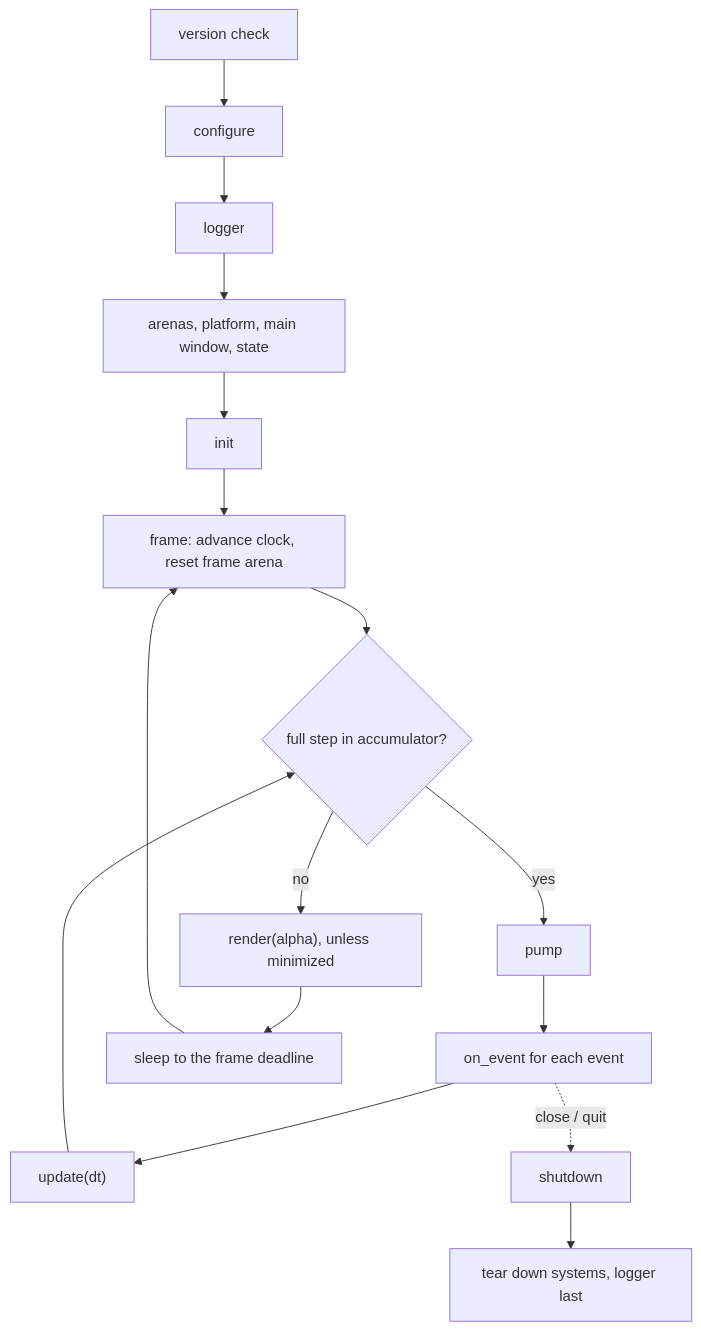
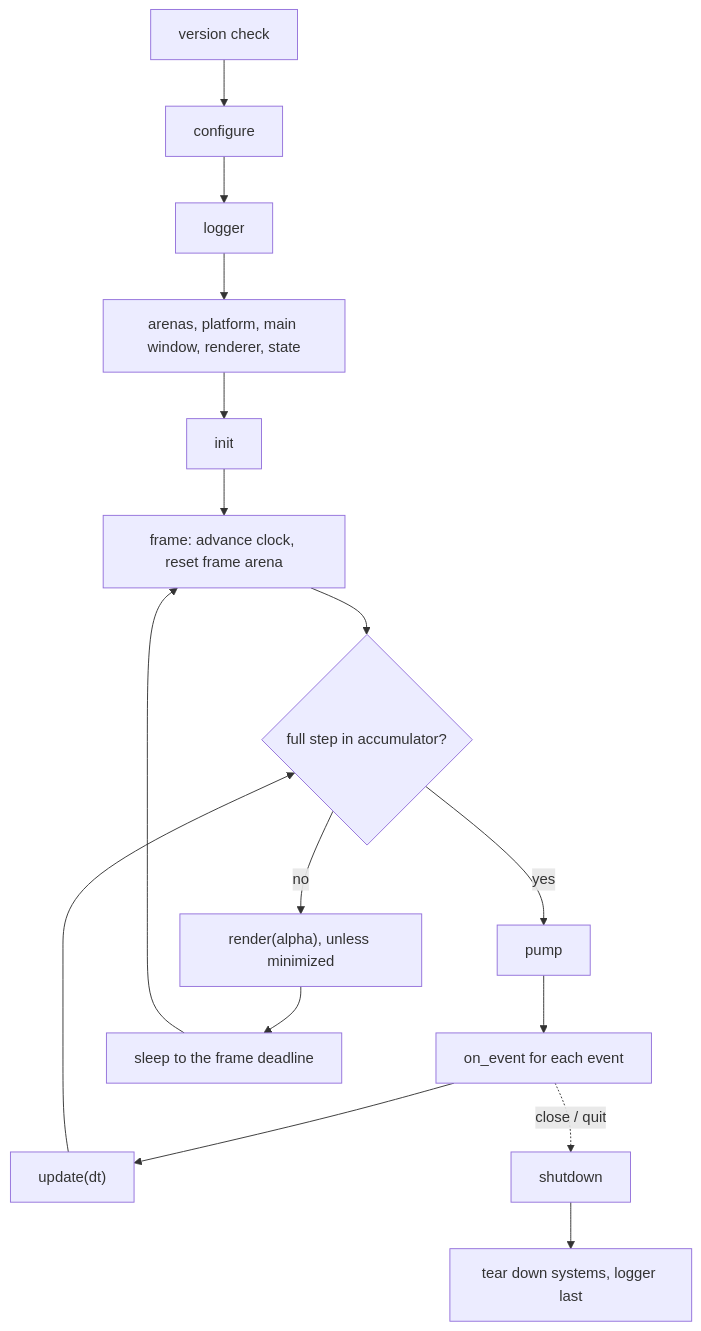
One commit to aski97/reborn-engine changed the diagram in docs/features/app.md. Above: the diagram before and after it, drawn with Mermaid. The commit also changed other lines of this file and 39 other files, not shown here.

````diff
--- a/docs/features/app.md
+++ b/docs/features/app.md
@@ -56,9 +59,9 @@
 ```mermaid
 flowchart TD
-    V[version check] --> C[configure] --> LG[logger] --> S[arenas, platform, main window, state] --> I[init]
+    V[version check] --> C[configure] --> LG[logger] --> S[arenas, platform, main window, renderer, state] --> I[init]
     I --> F[frame: advance clock, reset frame arena]
     F --> Q{full step in accumulator?}
     Q -- yes --> P[pump] --> E[on_event for each event] --> U["update(dt)"] --> Q
     Q -- no --> R["render(alpha), unless minimized"] --> W[sleep to the frame deadline] --> F
     E -. close / quit .-> D[shutdown] --> T[tear down systems, logger last]
 ```
````
